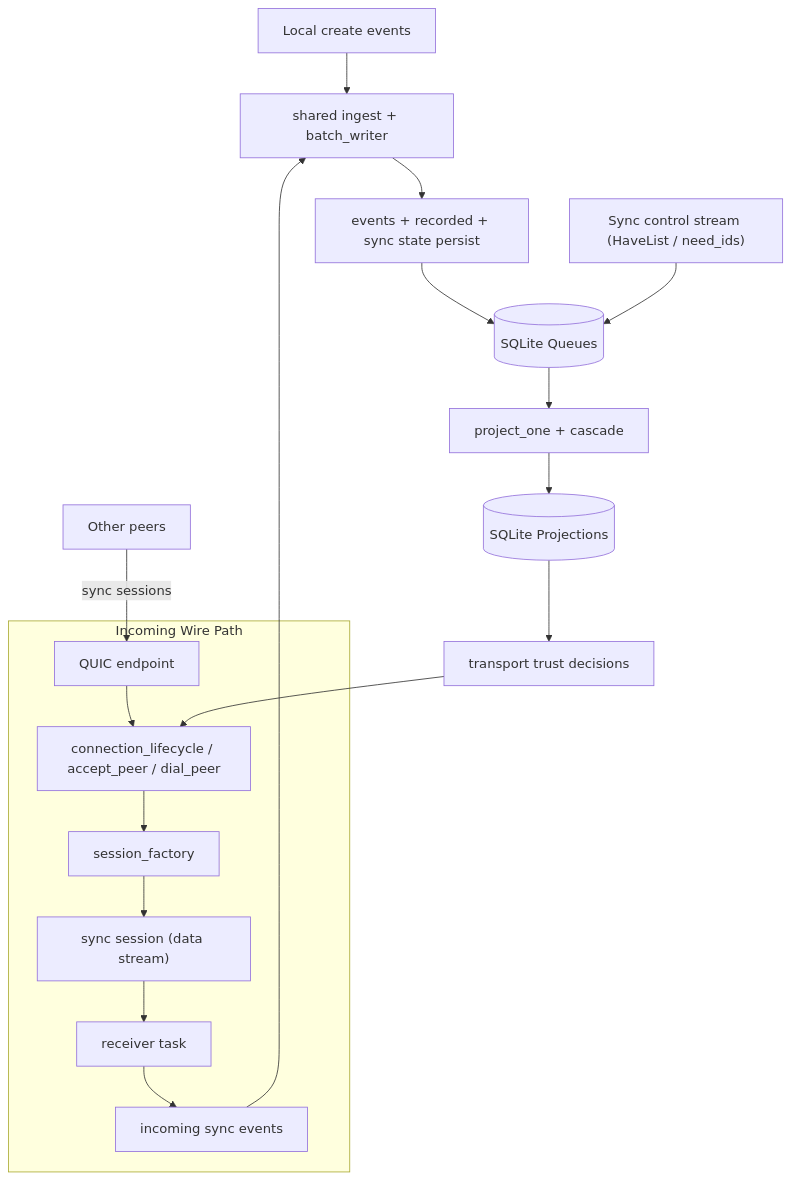
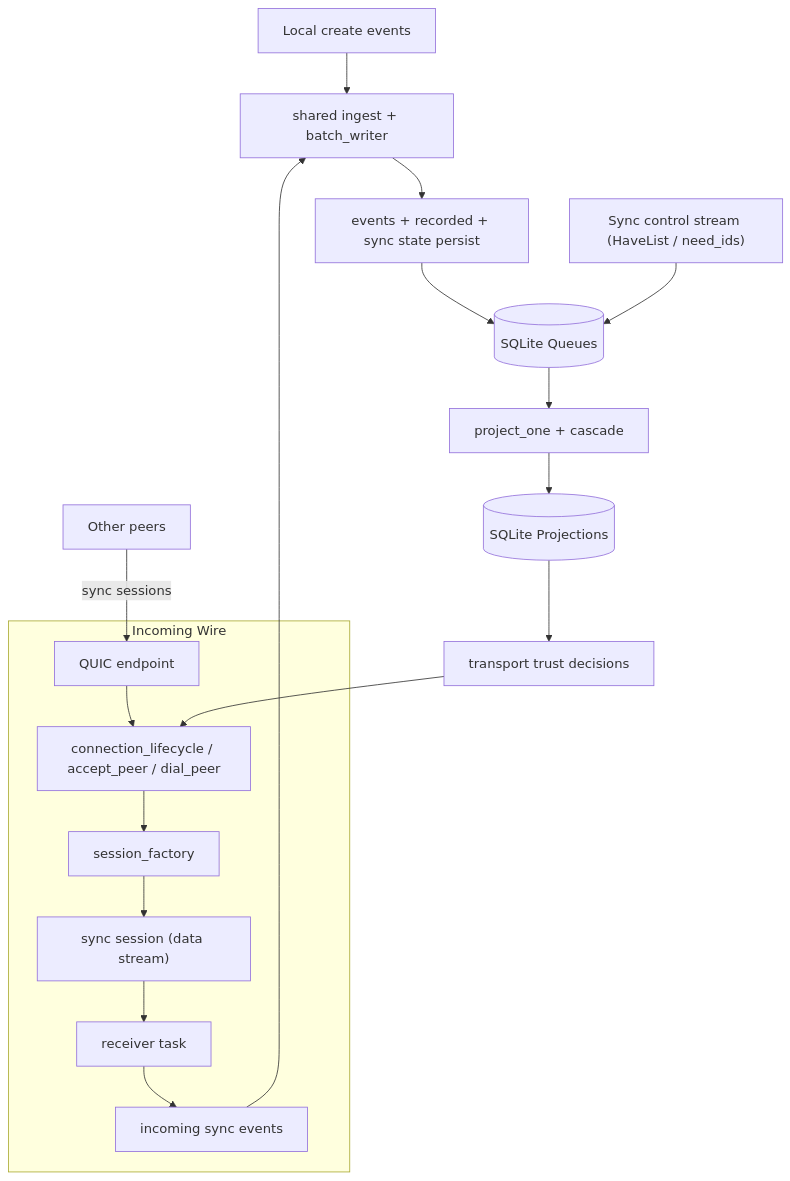
The second of 5 diagrams in docs/CURRENT_RUNTIME_DIAGRAM.md (holmesworcester/topo), drawn with Mermaid before and after one commit. The commit also changed other lines of this file, not shown here.

````diff
--- a/docs/CURRENT_RUNTIME_DIAGRAM.md
+++ b/docs/CURRENT_RUNTIME_DIAGRAM.md
@@ -39,23 +39,23 @@
 ```mermaid
 flowchart TD
     LOCAL["Local create events"] --> INGEST["shared ingest + batch_writer"]
     OTHERS["Other peers"] -->|"sync sessions"| EP
 
-    subgraph NET["Incoming Wire Path"]
+    subgraph NET["Incoming Wire"]
       EP["QUIC endpoint"] --> LIFE["connection_lifecycle / accept_peer / dial_peer"]
       LIFE --> FACT["session_factory"]
       FACT --> SESS["sync session (data stream)"]
       SESS --> RECV["receiver task"]
       RECV --> INCOMING["incoming sync events"]
     end
 
     INCOMING --> INGEST
     INGEST --> STORE["events + recorded + sync state persist"]
     STORE --> QDB[("SQLite Queues")]
     QDB --> APPLY["project_one + cascade"]
     APPLY --> PDB[("SQLite Projections")]
 
     CTRL["Sync control stream (HaveList / need_ids)"] --> QDB
     PDB --> TRUST["transport trust decisions"]
     TRUST --> LIFE
 ```
````
